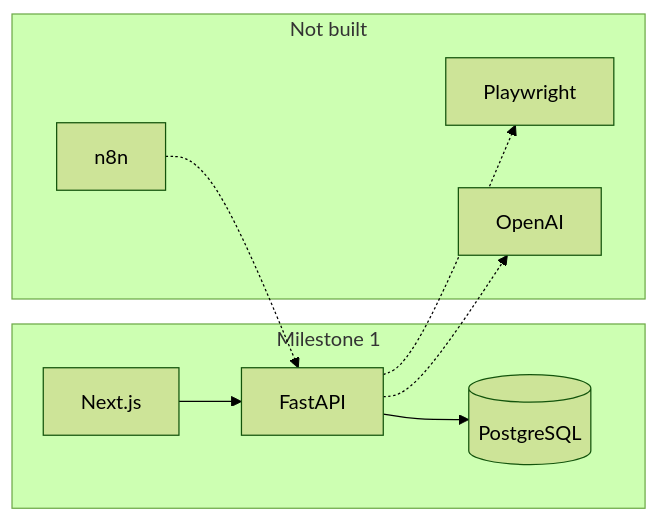
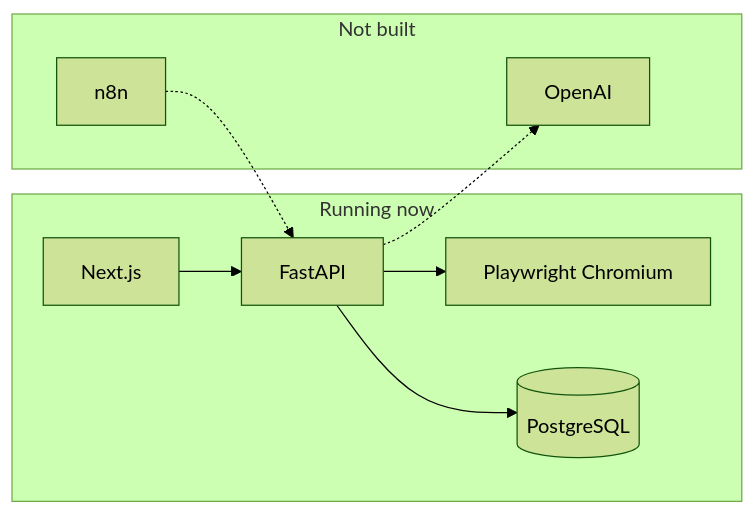
The second of 6 diagrams in docs/architecture/overview.md (onmyownpace/sentinel), drawn with Mermaid (forest theme) before and after one commit. The commit also changed other lines of this file and 30 other files, not shown here.

````diff
--- a/docs/architecture/overview.md
+++ b/docs/architecture/overview.md
@@ -93,20 +109,20 @@
 ```mermaid
 flowchart LR
-  subgraph milestone [Milestone 1]
+  subgraph milestone [Running now]
     web[Next.js]
     api[FastAPI]
+    chromium[Playwright Chromium]
     db[(PostgreSQL)]
   end
 
   subgraph later [Not built]
-    playwright[Playwright]
     openai[OpenAI]
     n8n[n8n]
   end
 
   web --> api
   api --> db
-  api -.-> playwright
+  api --> chromium
   api -.-> openai
   n8n -.-> api
 ```
````
